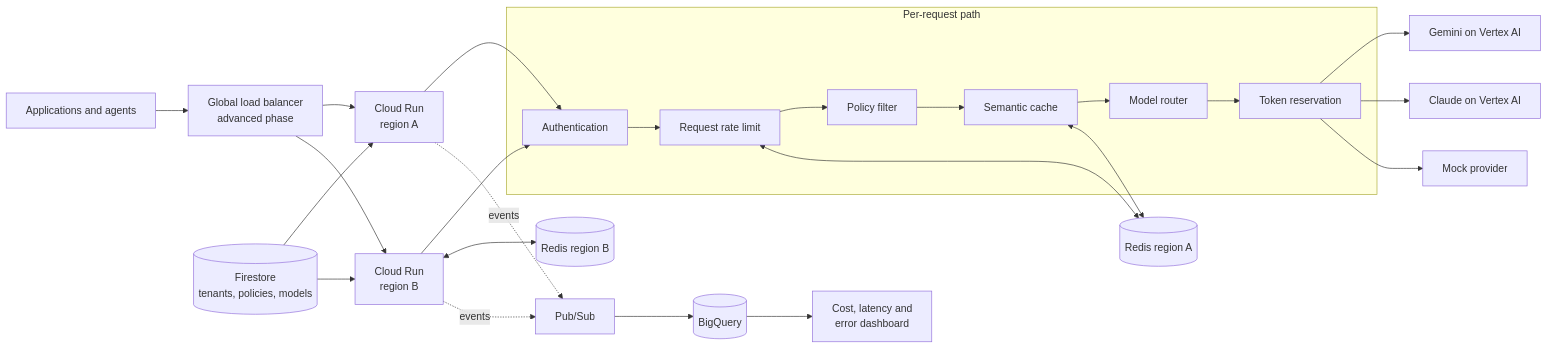
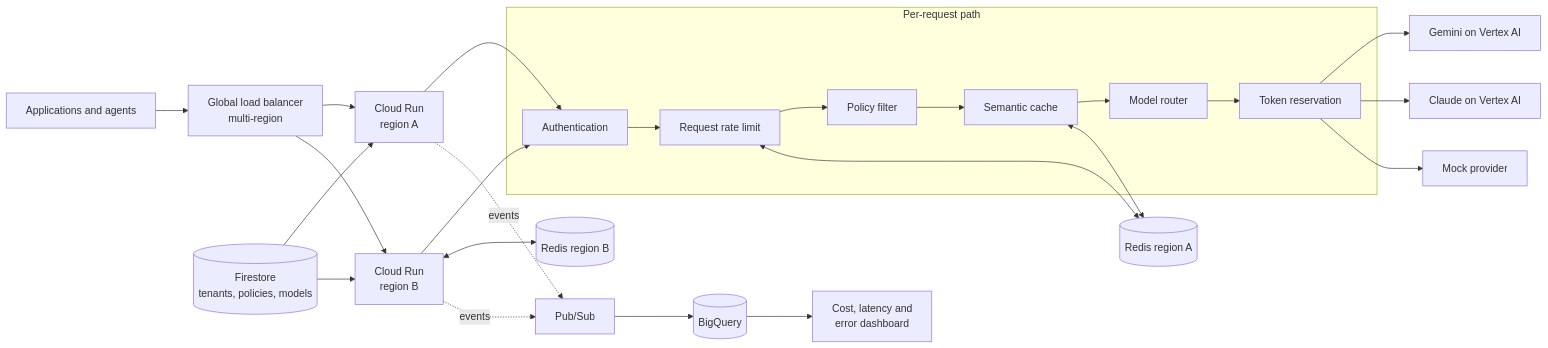
One commit to aalvaropc/pusaq changed the diagram in docs/design.md. Above: the diagram before and after it, drawn with Mermaid. The commit also changed other lines of this file and 34 other files, not shown here.

First line of the commit message:
docs: describe the system as it is, drop roadmap language

````diff
--- a/docs/design.md
+++ b/docs/design.md
@@ -132,36 +131,36 @@
 ```mermaid
 flowchart LR
-    A[Applications and agents] --> LB[Global load balancer<br/>advanced phase]
+    A[Applications and agents] --> LB[Global load balancer<br/>multi-region]
 
     LB --> RA[Cloud Run<br/>region A]
     LB --> RB[Cloud Run<br/>region B]
 
     subgraph DP[Per-request path]
         AUTH[Authentication]
         RPM[Request rate limit]
         POLICY[Policy filter]
         CACHE[Semantic cache]
         ROUTER[Model router]
         TPM[Token reservation]
         AUTH --> RPM --> POLICY --> CACHE --> ROUTER --> TPM
     end
 
     RA --> AUTH
     RB --> AUTH
 
     RPM <--> REDISA[(Redis region A)]
     CACHE <--> REDISA
     RB <--> REDISB[(Redis region B)]
 
     TPM --> GEMINI[Gemini on Vertex AI]
     TPM --> CLAUDE[Claude on Vertex AI]
     TPM --> MOCK[Mock provider]
 
     RA -. events .-> PUB[Pub/Sub]
     RB -. events .-> PUB
     PUB --> BQ[(BigQuery)]
     BQ --> DASH[Cost, latency and<br/>error dashboard]
 
     CONFIG[(Firestore<br/>tenants, policies, models)] --> RA
     CONFIG --> RB
 ```
````
